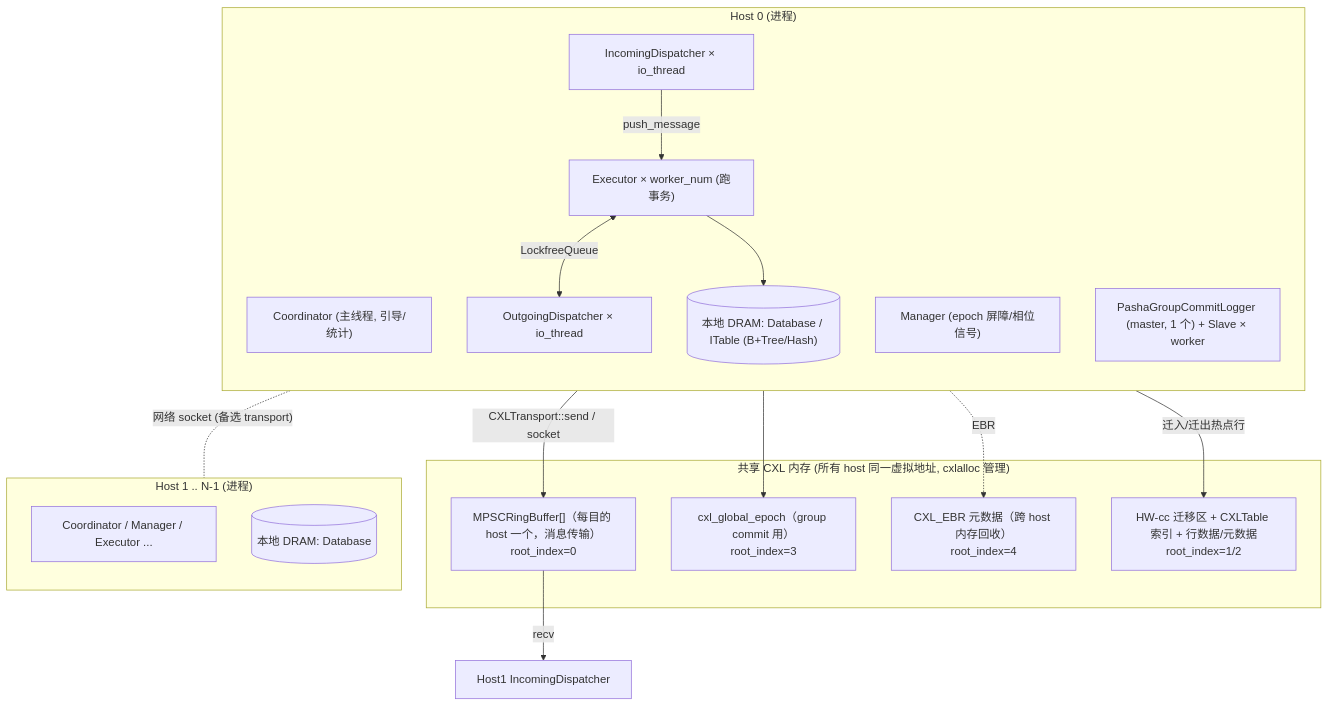
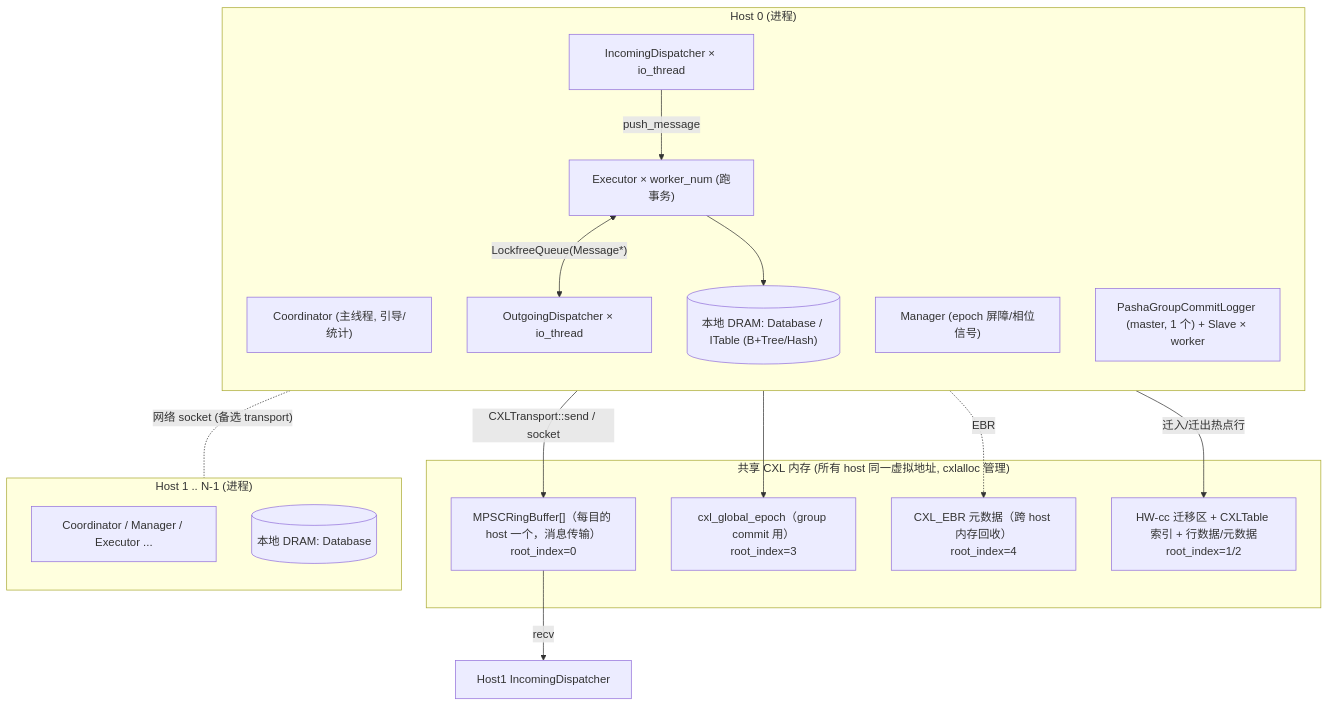
One commit to solutive-player/tigon changed the first of 17 diagrams in architecture.md. Above: the diagram before and after it, drawn with Mermaid. The commit also changed other lines of this file, not shown here.

First line of the commit message:
docs: fix mermaid rendering on GitHub

````diff
--- a/architecture.md
+++ b/architecture.md
@@ -56,36 +56,36 @@
 ```mermaid
 flowchart TB
     subgraph CXL["共享 CXL 内存 (所有 host 同一虚拟地址, cxlalloc 管理)"]
         RB["MPSCRingBuffer[]（每目的 host 一个，消息传输）<br/>root_index=0"]
         EPO["cxl_global_epoch（group commit 用）<br/>root_index=3"]
         EBR["CXL_EBR 元数据（跨 host 内存回收）<br/>root_index=4"]
         MIG["HW-cc 迁移区 + CXLTable 索引 + 行数据/元数据<br/>root_index=1/2"]
     end
 
     subgraph H0["Host 0 (进程)"]
         direction TB
         C0["Coordinator (主线程, 引导/统计)"]
         M0["Manager (epoch 屏障/相位信号)"]
         E0["Executor × worker_num (跑事务)"]
         ID0["IncomingDispatcher × io_thread"]
         OD0["OutgoingDispatcher × io_thread"]
         L0["PashaGroupCommitLogger (master, 1 个) + Slave × worker"]
         DB0[("本地 DRAM: Database / ITable (B+Tree/Hash)")]
     end
 
     subgraph H1["Host 1 .. N-1 (进程)"]
         direction TB
         C1["Coordinator / Manager / Executor ..."]
         DB1[("本地 DRAM: Database")]
     end
 
-    E0 <-->|"LockfreeQueue<Message*>"| OD0
+    E0 <-->|"LockfreeQueue(Message*)"| OD0
     ID0 -->|"push_message"| E0
     OD0 -->|"CXLTransport::send / socket"| RB
     RB -->|"recv"| ID1["Host1 IncomingDispatcher"]
     E0 --> DB0
     E0 -->|"迁入/迁出热点行"| MIG
     L0 --> EPO
     E0 -.EBR.-> EBR
     H0 -. 网络 socket (备选 transport) .- H1
 ```
````
